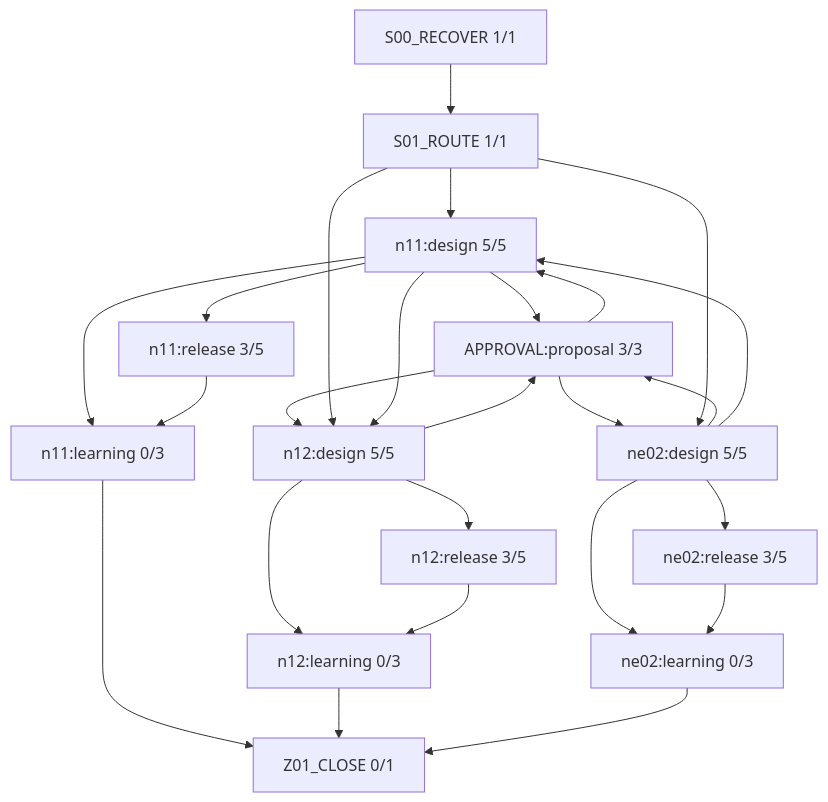
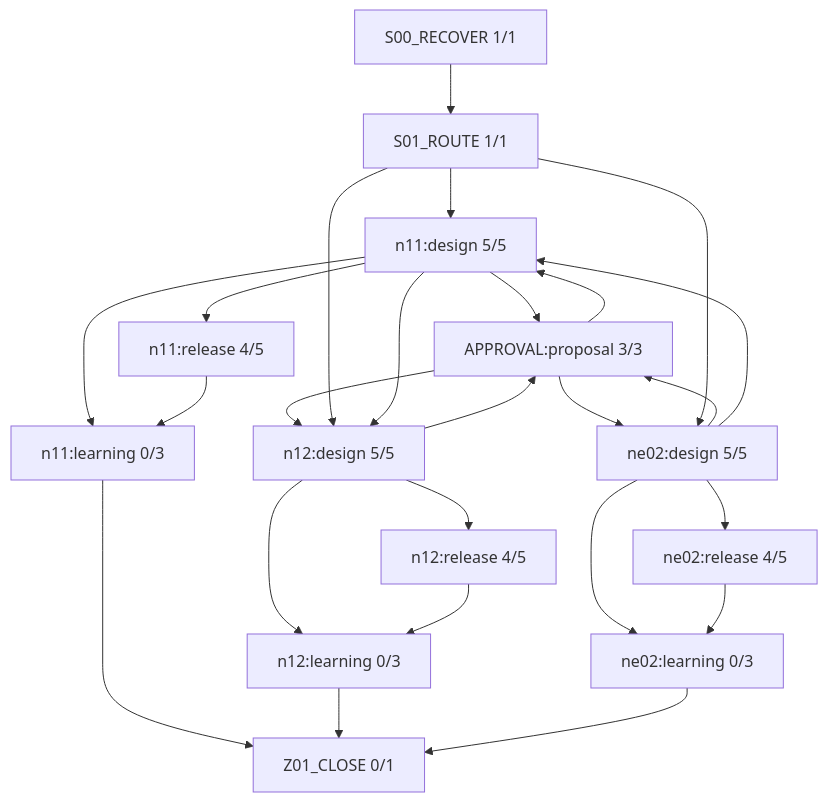
The diagram in work/items/W-MATH-036-ne02-n11-n12-guided-design/generated/FIRE_DIAGRAM.md (rrikunagasige-dot/kyotsu-step-web), drawn with Mermaid before and after one commit. The commit also changed other lines of this file and 52 other files, not shown here.

````diff
--- a/work/items/W-MATH-036-ne02-n11-n12-guided-design/generated/FIRE_DIAGRAM.md
+++ b/work/items/W-MATH-036-ne02-n11-n12-guided-design/generated/FIRE_DIAGRAM.md
@@ -5,40 +5,40 @@
 ```mermaid
 flowchart TD
   N0["S00_RECOVER 1/1"]
   N1["S01_ROUTE 1/1"]
   N2["ne02:design 5/5"]
   N3["APPROVAL:proposal 3/3"]
-  N4["ne02:release 3/5"]
+  N4["ne02:release 4/5"]
   N5["n11:design 5/5"]
-  N6["n11:release 3/5"]
+  N6["n11:release 4/5"]
   N7["n12:design 5/5"]
-  N8["n12:release 3/5"]
+  N8["n12:release 4/5"]
   N9["ne02:learning 0/3"]
   N10["n11:learning 0/3"]
   N11["n12:learning 0/3"]
   N12["Z01_CLOSE 0/1"]
   N3 --> N5
   N3 --> N7
   N3 --> N2
   N0 --> N1
   N1 --> N5
   N1 --> N7
   N1 --> N2
   N5 --> N3
   N5 --> N10
   N5 --> N6
   N5 --> N7
   N10 --> N12
   N6 --> N10
   N7 --> N3
   N7 --> N11
   N7 --> N8
   N11 --> N12
   N8 --> N11
   N2 --> N3
   N2 --> N5
   N2 --> N9
   N2 --> N4
   N9 --> N12
   N4 --> N9
 ```
````
